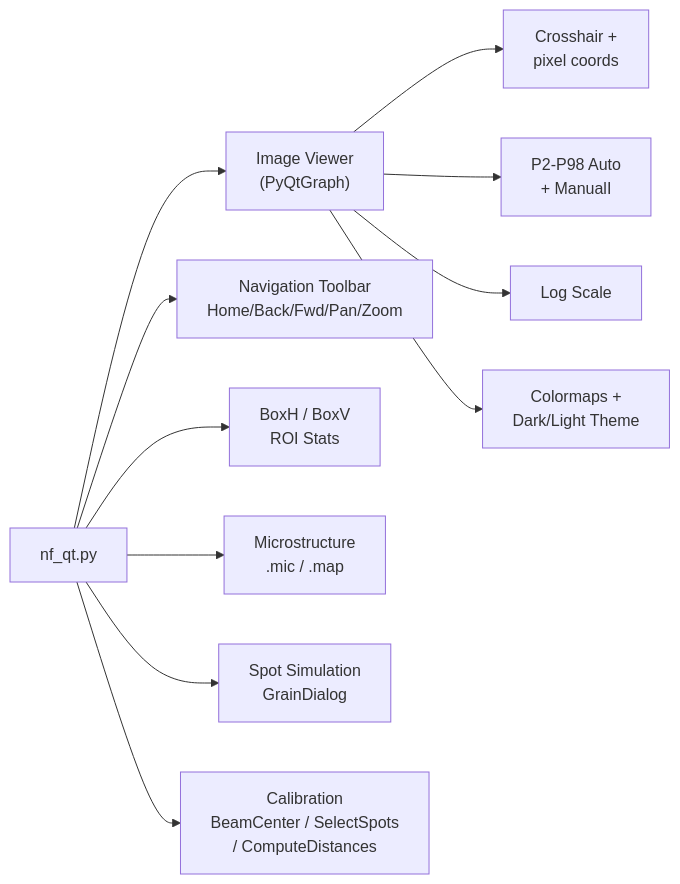
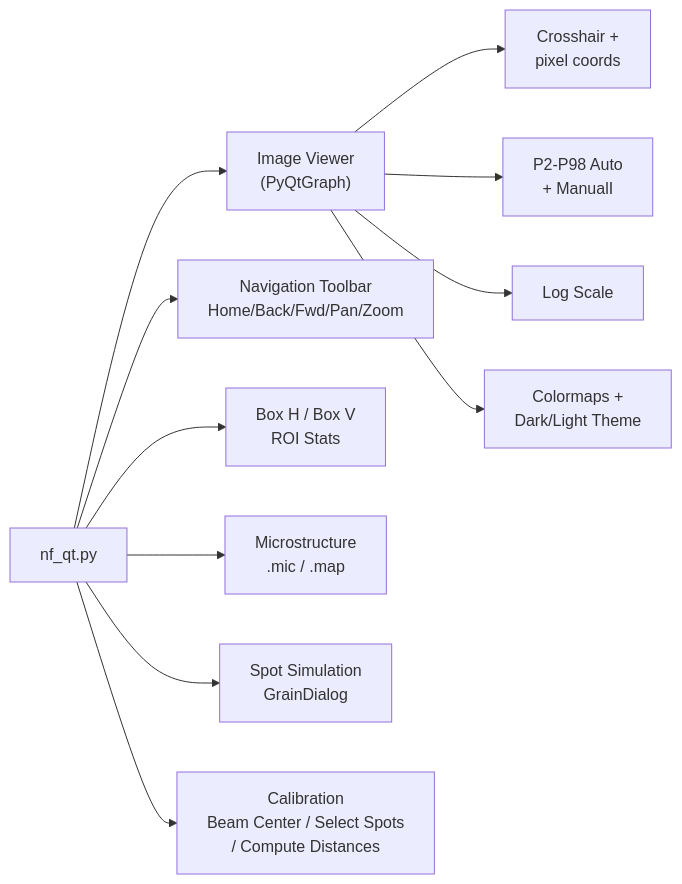
Before and after one commit to marinerhemant/MIDAS: the diagram in manuals/NF_GUI.md, drawn with Mermaid. The commit also changed other lines of this file and 8 other files, not shown here.

````diff
--- a/manuals/NF_GUI.md
+++ b/manuals/NF_GUI.md
@@ -23,15 +23,15 @@
 ```mermaid
 graph LR
     NF["nf_qt.py"]
     NF --> Viz["Image Viewer<br/>(PyQtGraph)"]
     NF --> Nav["Navigation Toolbar<br/>Home/Back/Fwd/Pan/Zoom"]
-    NF --> ROI["BoxH / BoxV<br/>ROI Stats"]
+    NF --> ROI["Box H / Box V<br/>ROI Stats"]
     NF --> Mic["Microstructure<br/>.mic / .map"]
     NF --> Sim["Spot Simulation<br/>GrainDialog"]
-    NF --> Cal["Calibration<br/>BeamCenter / SelectSpots<br/>/ ComputeDistances"]
+    NF --> Cal["Calibration<br/>Beam Center / Select Spots<br/>/ Compute Distances"]
     
     Viz --> Cross["Crosshair +<br/>pixel coords"]
     Viz --> Levels["P2-P98 Auto<br/>+ ManualI"]
     Viz --> Log["Log Scale"]
     Viz --> CM["Colormaps +<br/>Dark/Light Theme"]
 ```
````
